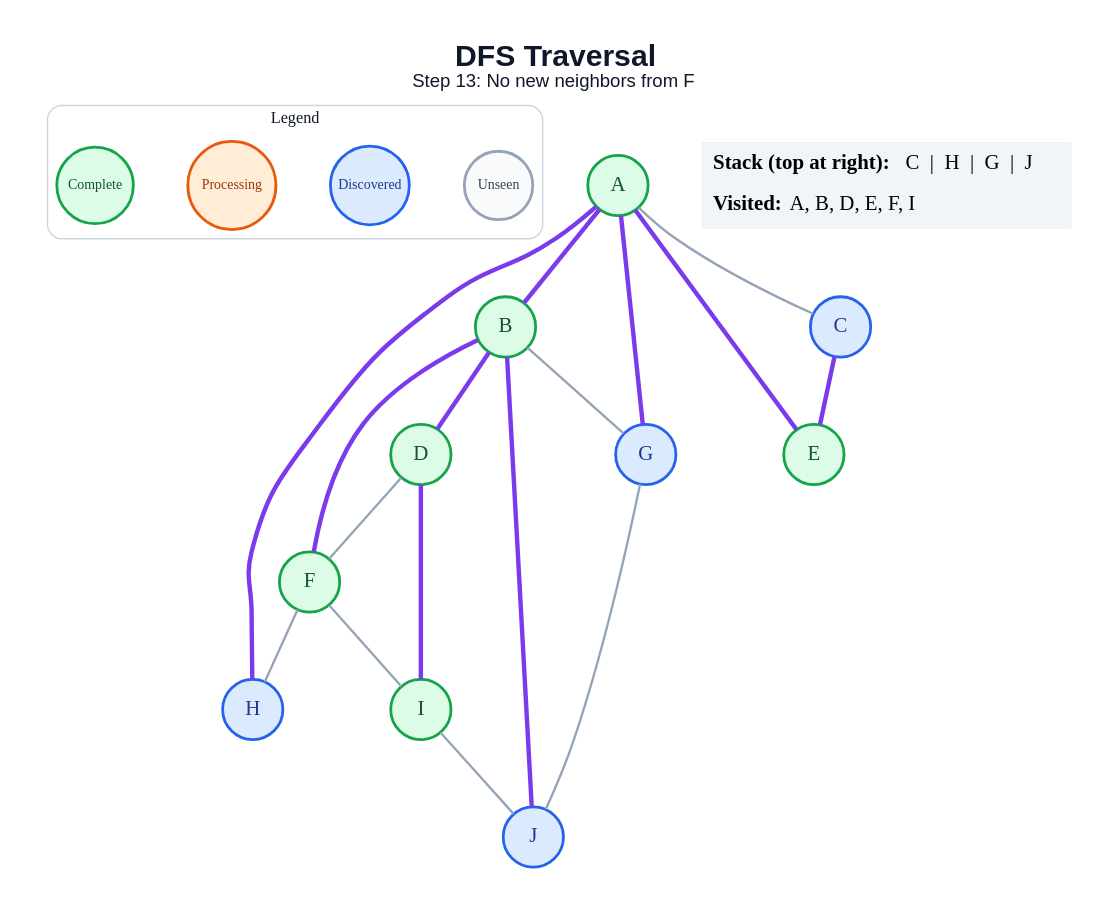
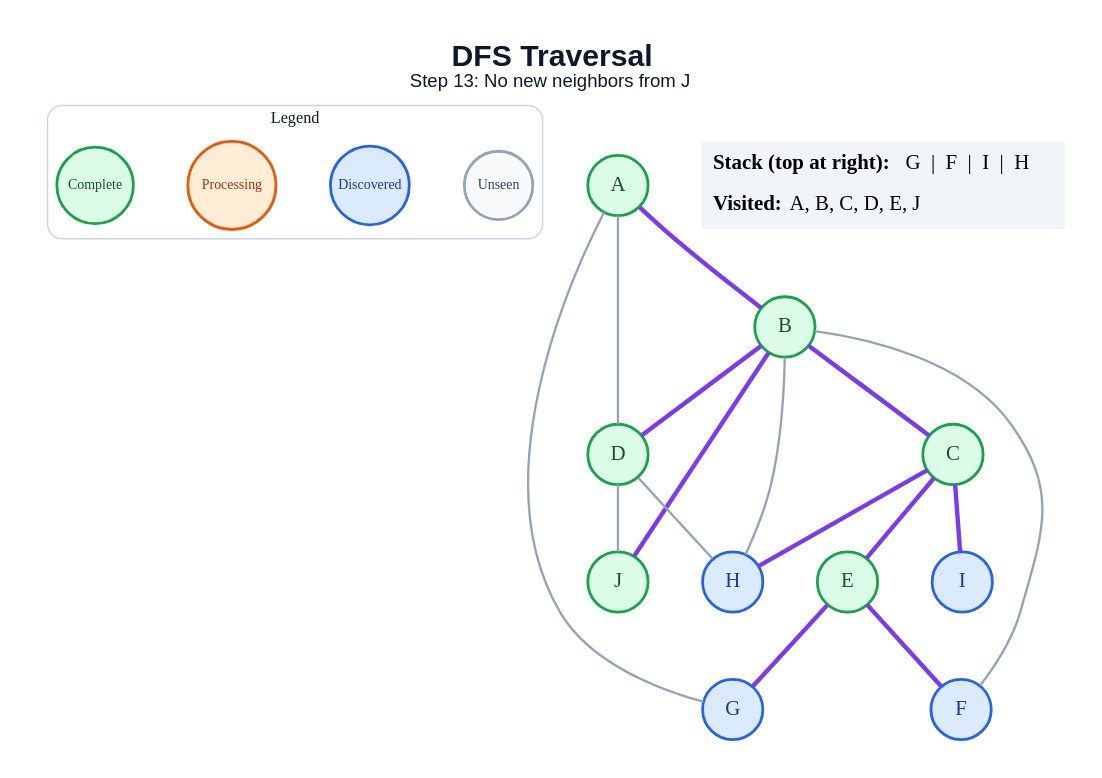
One commit to amanghodawala9/ai-slop changed the diagram in generated/specific-node/dfs/step_13.dot. Above: the diagram before and after it, drawn with Graphviz. The commit also changed 178 other files, not shown here.

```diff
--- a/generated/specific-node/dfs/step_13.dot
+++ b/generated/specific-node/dfs/step_13.dot
@@ -1,45 +1,44 @@
 graph traversal {
   graph [layout=dot, rankdir=TB, bgcolor="#FFFFFF", pad="0.35", nodesep="0.65", ranksep="0.8", fontname="Arial"];
   node [shape=circle, style="filled", fontname="Arial Bold", fontsize=18, width=0.72, fixedsize=true, penwidth=2.4];
   edge [color="#94A3B8", penwidth=2.0];
-  label=<<B>DFS Traversal</B><BR/><FONT POINT-SIZE="16">Step 13: No new neighbors from F</FONT>>; labelloc="t"; fontsize=26; fontname="Arial"; fontcolor="#0F172A";
+  label=<<B>DFS Traversal</B><BR/><FONT POINT-SIZE="16">Step 13: No new neighbors from J</FONT>>; labelloc="t"; fontsize=26; fontname="Arial"; fontcolor="#0F172A";
   subgraph cluster_legend { label="Legend"; color="#CBD5E1"; penwidth=1.2; style="rounded"; fontsize=14; fontname="Arial Bold";
     key_unseen [label="Unseen", fillcolor="#F8FAFC", color="#94A3B8", fontcolor="#334155", fontsize=12, width=0.82];
     key_frontier [label="Discovered", fillcolor="#DBEAFE", color="#2563EB", fontcolor="#1E3A8A", fontsize=12, width=0.95];
     key_current [label="Processing", fillcolor="#FFEDD5", color="#EA580C", fontcolor="#9A3412", fontsize=12, width=1.05];
     key_done [label="Complete", fillcolor="#DCFCE7", color="#16A34A", fontcolor="#14532D", fontsize=12, width=0.92];
     { rank=same; key_unseen; key_frontier; key_current; key_done; }
   }
   A [fillcolor="#DCFCE7", color="#16A34A", fontcolor="#14532D"];
   B [fillcolor="#DCFCE7", color="#16A34A", fontcolor="#14532D"];
-  C [fillcolor="#DBEAFE", color="#2563EB", fontcolor="#1E3A8A"];
+  C [fillcolor="#DCFCE7", color="#16A34A", fontcolor="#14532D"];
   D [fillcolor="#DCFCE7", color="#16A34A", fontcolor="#14532D"];
   E [fillcolor="#DCFCE7", color="#16A34A", fontcolor="#14532D"];
-  F [fillcolor="#DCFCE7", color="#16A34A", fontcolor="#14532D"];
+  F [fillcolor="#DBEAFE", color="#2563EB", fontcolor="#1E3A8A"];
   G [fillcolor="#DBEAFE", color="#2563EB", fontcolor="#1E3A8A"];
   H [fillcolor="#DBEAFE", color="#2563EB", fontcolor="#1E3A8A"];
-  I [fillcolor="#DCFCE7", color="#16A34A", fontcolor="#14532D"];
-  J [fillcolor="#DBEAFE", color="#2563EB", fontcolor="#1E3A8A"];
+  I [fillcolor="#DBEAFE", color="#2563EB", fontcolor="#1E3A8A"];
+  J [fillcolor="#DCFCE7", color="#16A34A", fontcolor="#14532D"];
   A -- B [color="#7C3AED", penwidth=3.8];
-  A -- C;
-  A -- E [color="#7C3AED", penwidth=3.8];
-  A -- G [color="#7C3AED", penwidth=3.8];
-  A -- H [color="#7C3AED", penwidth=3.8];
+  A -- D;
+  A -- G;
+  B -- C [color="#7C3AED", penwidth=3.8];
   B -- D [color="#7C3AED", penwidth=3.8];
-  B -- F [color="#7C3AED", penwidth=3.8];
-  B -- G;
+  B -- F;
+  B -- H;
   B -- J [color="#7C3AED", penwidth=3.8];
   C -- E [color="#7C3AED", penwidth=3.8];
-  D -- F;
-  D -- I [color="#7C3AED", penwidth=3.8];
-  F -- H;
-  F -- I;
-  G -- J;
-  I -- J;
+  C -- H [color="#7C3AED", penwidth=3.8];
+  C -- I [color="#7C3AED", penwidth=3.8];
+  D -- H;
+  D -- J;
+  E -- F [color="#7C3AED", penwidth=3.8];
+  E -- G [color="#7C3AED", penwidth=3.8];
   status [shape=plain, fixedsize=false, width=0, height=0, margin=0, label=<
     <TABLE BORDER="0" CELLBORDER="0" CELLPADDING="7" BGCOLOR="#F1F5F9">
-      <TR><TD ALIGN="LEFT"><B>Stack (top at right):</B> C  |  H  |  G  |  J</TD></TR>
-      <TR><TD ALIGN="LEFT"><B>Visited:</B> A, B, D, E, F, I</TD></TR>
+      <TR><TD ALIGN="LEFT"><B>Stack (top at right):</B> G  |  F  |  I  |  H</TD></TR>
+      <TR><TD ALIGN="LEFT"><B>Visited:</B> A, B, C, D, E, J</TD></TR>
     </TABLE>
   >];
 }
```
